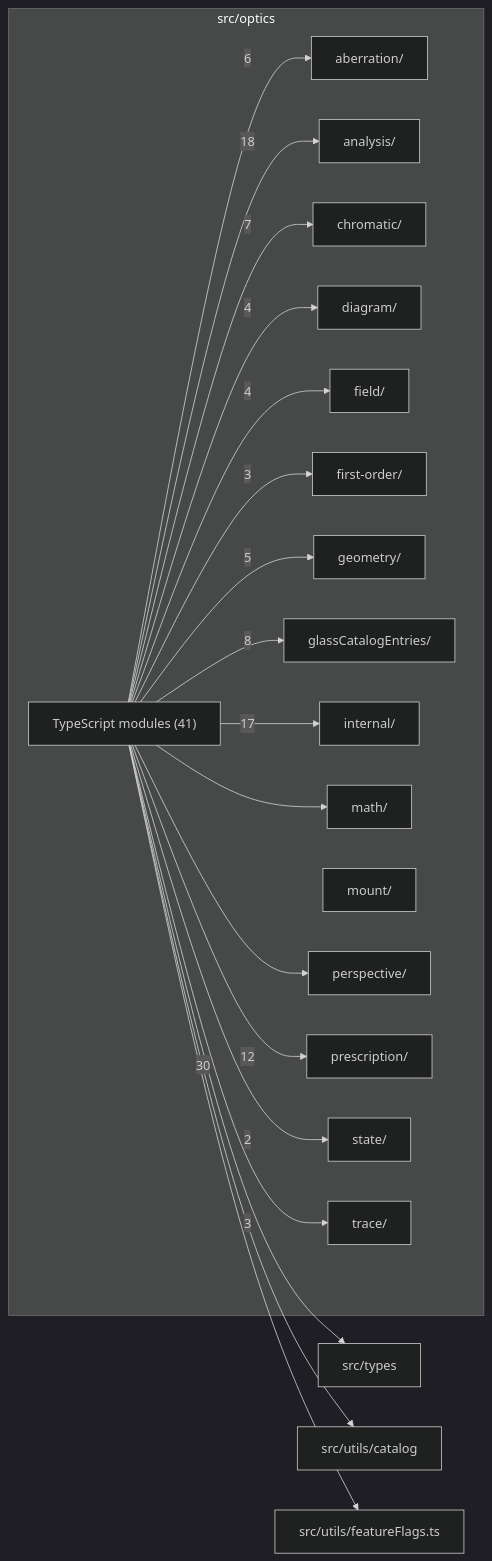
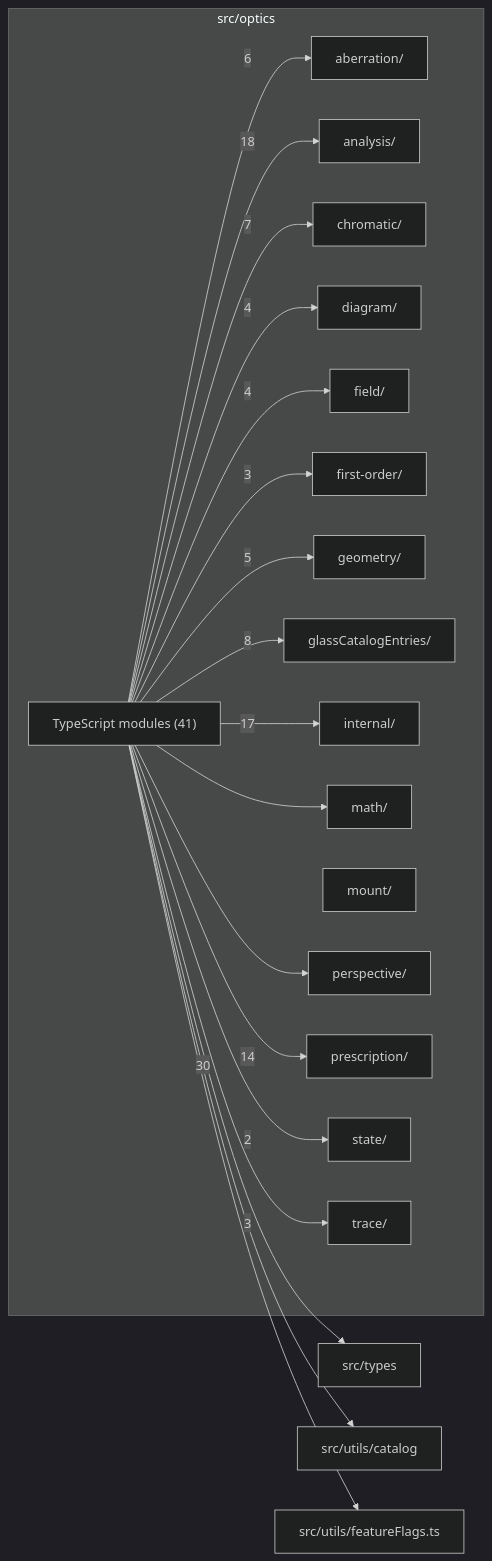
The diagram in src/optics/readme.md (ronbuening/LensVisualizer), drawn with Mermaid (dark theme) before and after one commit. The commit also changed other lines of this file and 29 other files, not shown here.

````diff
--- a/src/optics/readme.md
+++ b/src/optics/readme.md
@@ -9,41 +9,41 @@
 ```mermaid
 flowchart LR
   subgraph n_src_optics["src/optics"]
     n_src_optics_src_optics_aberration["aberration/"]
     n_src_optics_src_optics_analysis["analysis/"]
     n_src_optics_src_optics_chromatic["chromatic/"]
     n_src_optics_src_optics_diagram["diagram/"]
     n_src_optics_src_optics_field["field/"]
     n_src_optics_src_optics_first_order["first-order/"]
     n_src_optics_src_optics_geometry["geometry/"]
     n_src_optics_src_optics_glassCatalogEntries["glassCatalogEntries/"]
     n_src_optics_src_optics_internal["internal/"]
     n_src_optics_src_optics_math["math/"]
     n_src_optics_src_optics_mount["mount/"]
     n_src_optics_src_optics_perspective["perspective/"]
     n_src_optics_src_optics_prescription["prescription/"]
     n_src_optics_src_optics_state["state/"]
     n_src_optics_src_optics_trace["trace/"]
     n_src_optics_TypeScript_modules["TypeScript modules (41)"]
   end
   n_external_src_types["src/types"]
   n_external_src_utils_catalog["src/utils/catalog"]
   n_external_src_utils_featureFlags_ts["src/utils/featureFlags.ts"]
   n_src_optics_TypeScript_modules --> |30| n_external_src_types
   n_src_optics_TypeScript_modules --> |18| n_src_optics_src_optics_analysis
   n_src_optics_TypeScript_modules --> |17| n_src_optics_src_optics_internal
-  n_src_optics_TypeScript_modules --> |12| n_src_optics_src_optics_prescription
+  n_src_optics_TypeScript_modules --> |14| n_src_optics_src_optics_prescription
   n_src_optics_TypeScript_modules --> |8| n_src_optics_src_optics_glassCatalogEntries
   n_src_optics_TypeScript_modules --> |7| n_src_optics_src_optics_chromatic
   n_src_optics_TypeScript_modules --> |6| n_src_optics_src_optics_aberration
   n_src_optics_TypeScript_modules --> |5| n_src_optics_src_optics_geometry
   n_src_optics_TypeScript_modules --> |4| n_src_optics_src_optics_diagram
   n_src_optics_TypeScript_modules --> |4| n_src_optics_src_optics_field
   n_src_optics_TypeScript_modules --> |3| n_src_optics_src_optics_first_order
   n_src_optics_TypeScript_modules --> |3| n_src_optics_src_optics_trace
   n_src_optics_TypeScript_modules --> |2| n_src_optics_src_optics_state
   n_src_optics_TypeScript_modules --> n_external_src_utils_catalog
   n_src_optics_TypeScript_modules --> n_external_src_utils_featureFlags_ts
   n_src_optics_TypeScript_modules --> n_src_optics_src_optics_math
   n_src_optics_TypeScript_modules --> n_src_optics_src_optics_perspective
 ```
````
